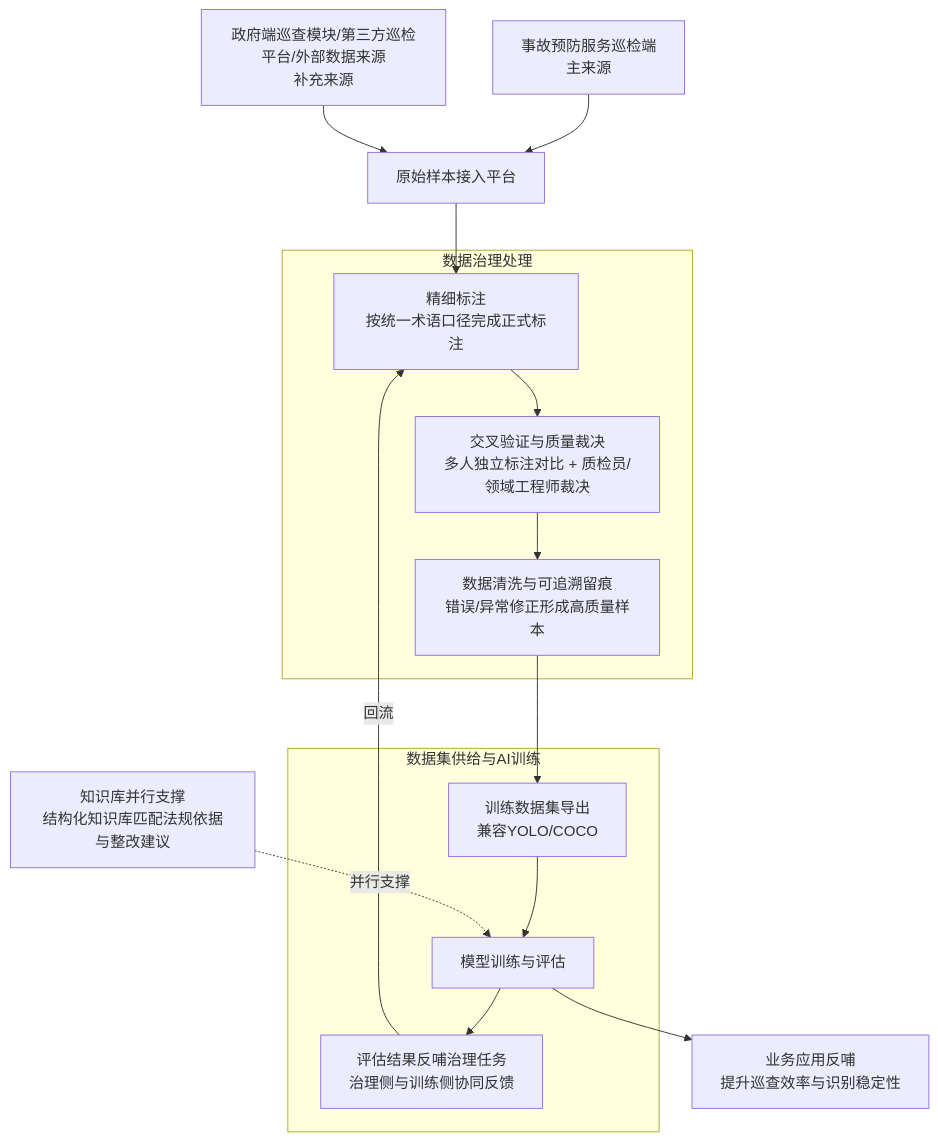
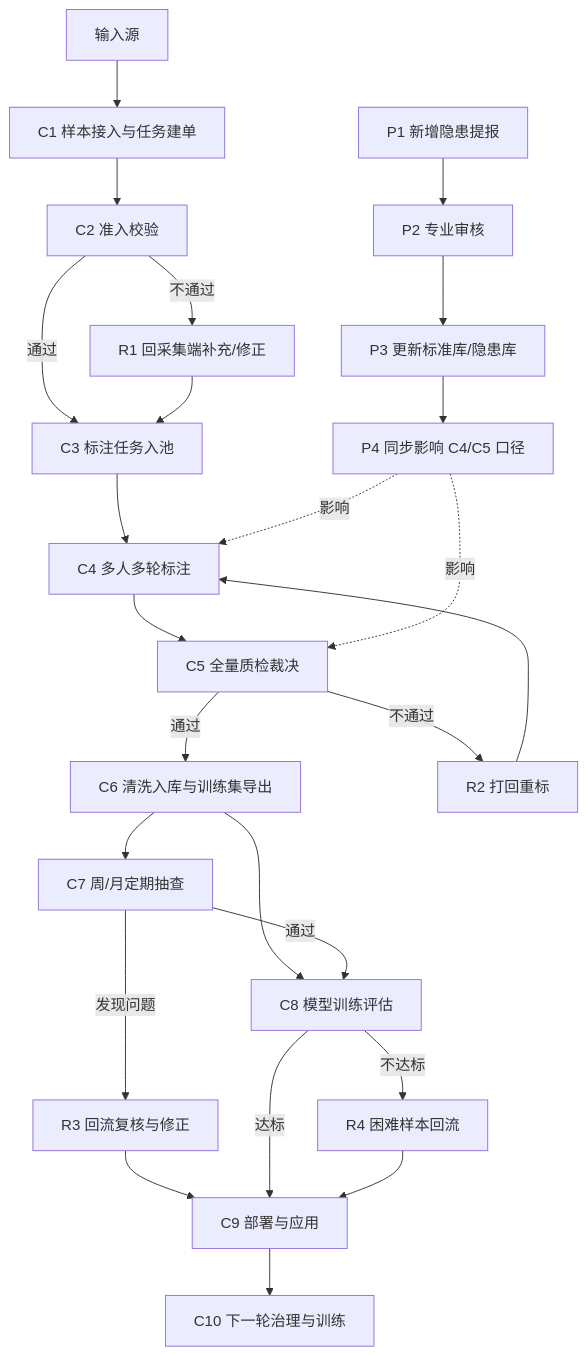
Before and after one commit to zhudan930612/Data-governance: the second of 2 diagrams in 数据治理平台业务流程总览表-Mermaid.md, drawn with Mermaid. The commit also changed other lines of this file and 1 other file, not shown here.

Commit message:
业务流程总览表调整

````diff
--- a/数据治理平台业务流程总览表-Mermaid.md
+++ b/数据治理平台业务流程总览表-Mermaid.md
@@ -11,33 +58,43 @@
 ```mermaid
 flowchart TD
-    A1[事故预防服务巡检端\n主来源]
-    A2[政府端巡查模块/第三方巡检平台/外部数据来源\n补充来源]
-    B[原始样本接入平台]
+    A1[输入源]
+    C1[C1 样本接入与任务建单]
+    C2[C2 准入校验]
+    C3[C3 标注任务入池]
+    C4[C4 多人多轮标注]
+    C5[C5 全量质检裁决]
+    C6[C6 清洗入库与训练集导出]
+    C7[C7 周/月定期抽查]
+    C8[C8 模型训练评估]
+    C9[C9 部署与应用]
+    C10[C10 下一轮治理与训练]
 
-    A1 --> B
-    A2 --> B
+    R1[R1 回采集端补充/修正]
+    R2[R2 打回重标]
+    R3[R3 回流复核与修正]
+    R4[R4 困难样本回流]
 
-    subgraph DG[数据治理处理]
-      C1[精细标注\n按统一术语口径完成正式标注]
-      C2[交叉验证与质量裁决\n多人独立标注对比 + 质检员/领域工程师裁决]
-      C3[数据清洗与可追溯留痕\n错误/异常修正形成高质量样本]
-      C1 --> C2 --> C3
-    end
+    P1[P1 新增隐患提报]
+    P2[P2 专业审核]
+    P3[P3 更新标准库/隐患库]
+    P4[P4 同步影响 C4/C5 口径]
 
-    subgraph AI[数据集供给与AI训练]
-      D1[训练数据集导出\n兼容YOLO/COCO]
-      D2[模型训练与评估]
-      D3[评估结果反哺治理任务\n治理侧与训练侧协同反馈]
-      D1 --> D2 --> D3
-    end
+    A1 --> C1 --> C2
+    C2 -- 通过 --> C3
+    C2 -- 不通过 --> R1 --> C3
+    C3 --> C4 --> C5
+    C5 -- 通过 --> C6
+    C5 -- 不通过 --> R2 --> C4
 
-    B --> C1
-    C3 --> D1
-    D3 -- 回流 --> C1
+    C6 --> C7
+    C6 --> C8
+    C7 -- 通过 --> C8
+    C7 -- 发现问题 --> R3 --> C9
+    C8 -- 达标 --> C9
+    C8 -- 不达标 --> R4 --> C9
+    C9 --> C10
 
-    E[业务应用反哺\n提升巡查效率与识别稳定性]
-    D2 --> E
-
-    K[知识库并行支撑\n结构化知识库匹配法规依据与整改建议]
-    K -. 并行支撑 .-> D2
+    P1 --> P2 --> P3 --> P4
+    P4 -. 影响 .-> C4
+    P4 -. 影响 .-> C5
 ```
````
